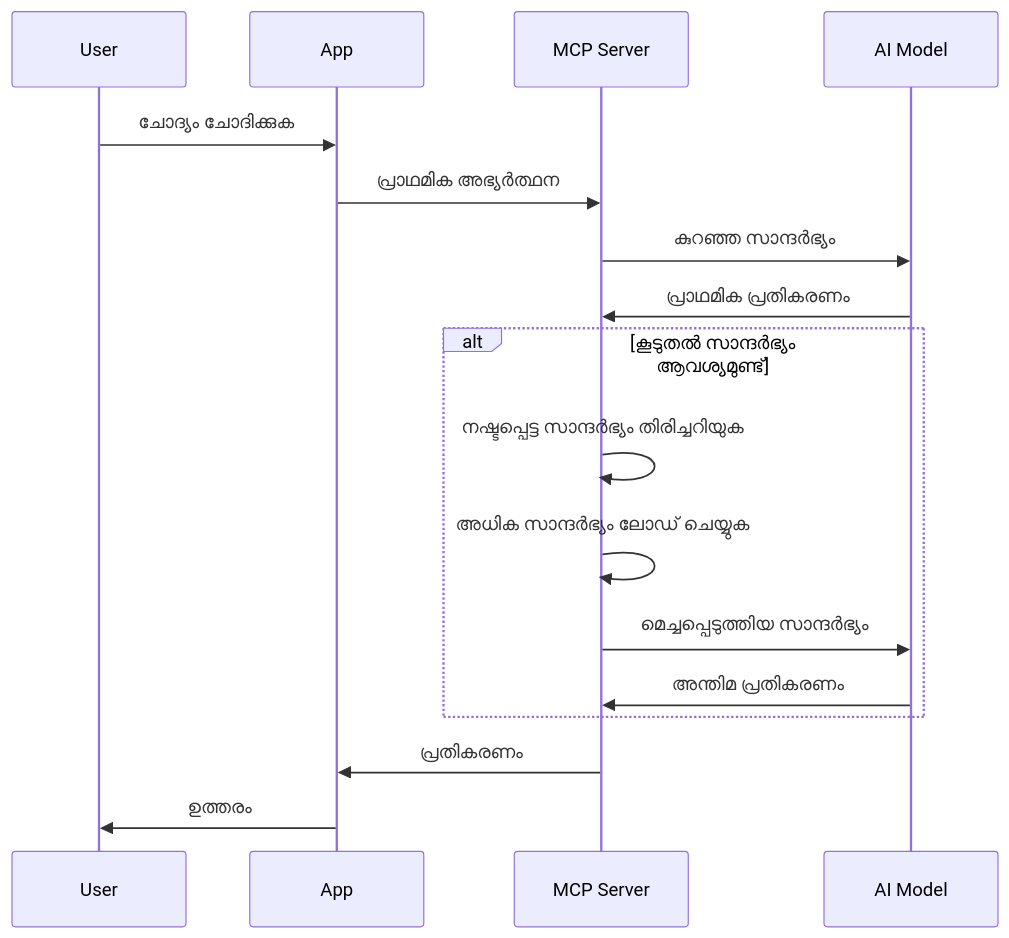
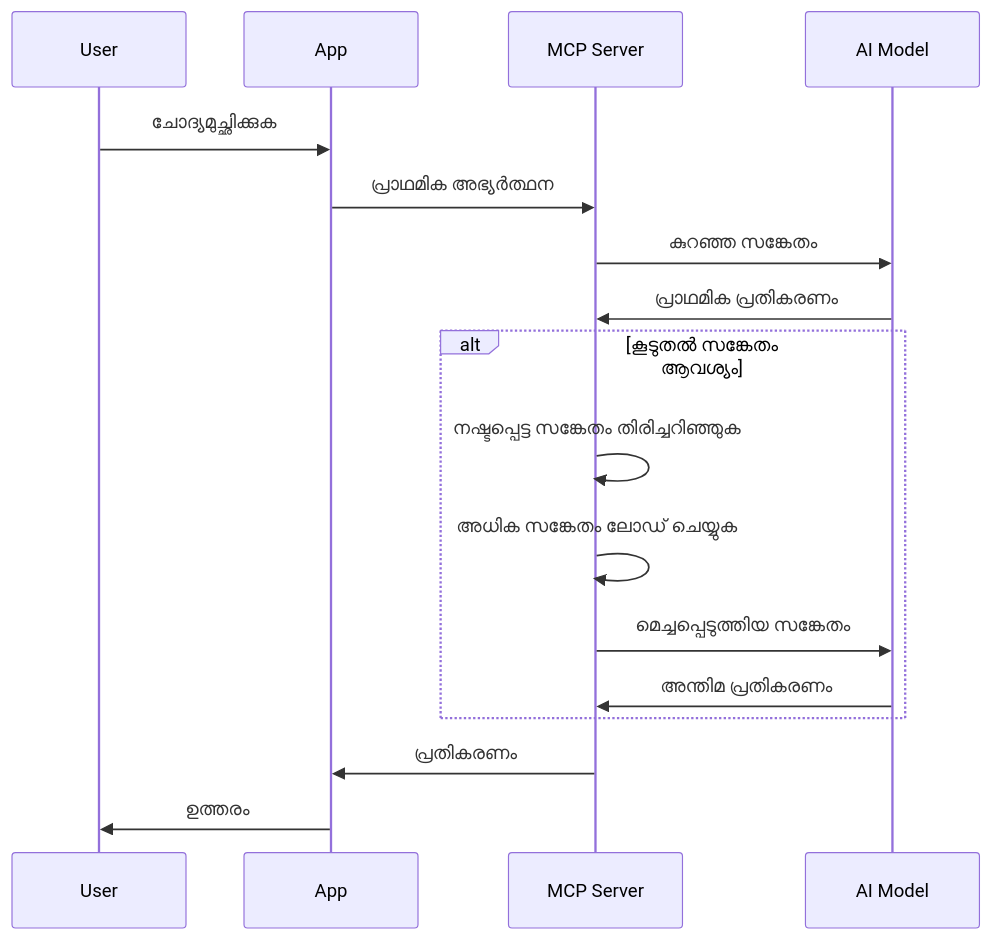
One commit to HIDORAKAI002/ai-workspace-archive changed the fourth of 6 diagrams in mcp_ecosystem__model_context_protocol/mcp_learning_resources/mcp-for-beginners/translations/ml/05-AdvancedTopics/mcp-contextengineering/README.md. Above: the diagram before and after it, drawn with Mermaid. The commit also changed other lines of this file and 1046 other files, not shown here.

````diff
--- a/mcp_ecosystem__model_context_protocol/mcp_learning_resources/mcp-for-beginners/translations/ml/05-AdvancedTopics/mcp-contextengineering/README.md
+++ b/mcp_ecosystem__model_context_protocol/mcp_learning_resources/mcp-for-beginners/translations/ml/05-AdvancedTopics/mcp-contextengineering/README.md
@@ -205,22 +210,22 @@
 ```mermaid
 sequenceDiagram
     participant User
     participant App
     participant MCP Server
     participant AI Model
 
-    User->>App: ചോദ്യം ചോദിക്കുക
-    App->>MCP Server: പ്രാഥമിക അഭ്യർത്ഥന
-    MCP Server->>AI Model: കുറഞ്ഞ സാന്ദർഭ്യം
+    User->>App: ചോദ്യമുച്ഛിക്കുക
+    App->>MCP Server: പ്രാഥമിക അഭ്യര്‍ത്ഥന
+    MCP Server->>AI Model: കുറഞ്ഞ സങ്കേതം
     AI Model->>MCP Server: പ്രാഥമിക പ്രതികരണം
     
-    alt കൂടുതൽ സാന്ദർഭ്യം ആവശ്യമുണ്ട്
-        MCP Server->>MCP Server: നഷ്ടപ്പെട്ട സാന്ദർഭ്യം തിരിച്ചറിയുക
-        MCP Server->>MCP Server: അധിക സാന്ദർഭ്യം ലോഡ് ചെയ്യുക
-        MCP Server->>AI Model: മെച്ചപ്പെടുത്തിയ സാന്ദർഭ്യം
+    alt കൂടുതല്‍ സങ്കേതം ആവശ്യം
+        MCP Server->>MCP Server: നഷ്ടപ്പെട്ട സങ്കേതം തിരിച്ചറിഞ്ഞുക
+        MCP Server->>MCP Server: അധിക സങ്കേതം ലോഡ് ചെയ്യുക
+        MCP Server->>AI Model: മെച്ചപ്പെടുത്തിയ സങ്കേതം
         AI Model->>MCP Server: അന്തിമ പ്രതികരണം
     end
     
     MCP Server->>App: പ്രതികരണം
     App->>User: ഉത്തരം
-```  
+```
````
